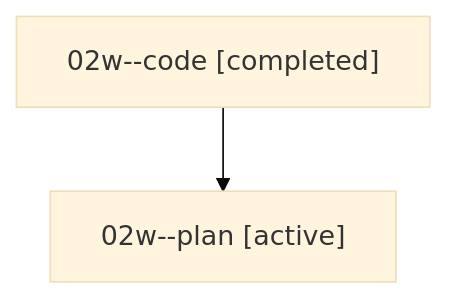
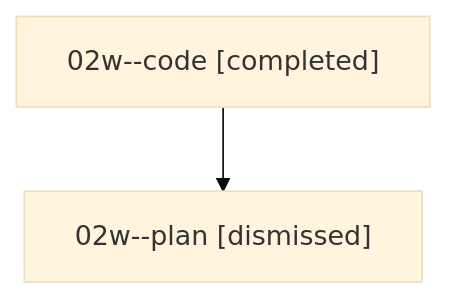
The diagram in sessions/bbugyi200.athena.02w.md (sase-org/sase--agents), drawn with Mermaid (base theme) before and after one commit. The commit also changed other lines of this file and 24 other files, not shown here.

````diff
--- a/sessions/bbugyi200.athena.02w.md
+++ b/sessions/bbugyi200.athena.02w.md
@@ -9,6 +9,6 @@
 ```mermaid
 flowchart TD
   n0["02w--code [completed]"]
-  n1["02w--plan [active]"]
+  n1["02w--plan [dismissed]"]
   n0 --> n1
 ```
````
